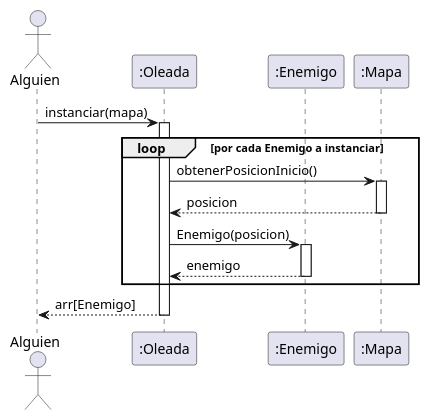
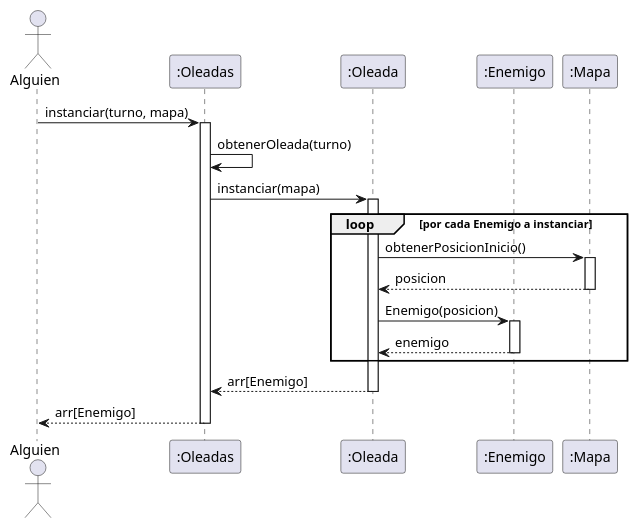
The diagram in diagrams/sequences/propuestasMarcelo/enemigos/instanciarOleada.puml (MarceloAgustinOrigoniGuillaume/Algo3_TP2_1C2023), drawn with PlantUML before and after one commit. The commit also changed 5 other files, not shown here.

```diff
--- a/diagrams/sequences/propuestasMarcelo/enemigos/instanciarOleada.puml
+++ b/diagrams/sequences/propuestasMarcelo/enemigos/instanciarOleada.puml
@@ -1,28 +1,37 @@
 @startuml
 
 Actor Alguien as sis
+
+participant ":Oleadas" as oleadas
 participant ":Oleada" as oleada
 participant ":Enemigo" as enemy
 participant ":Mapa" as mapa
 
 
-sis -> oleada: instanciar(mapa)
+sis-> oleadas: instanciar(turno, mapa)
+activate oleadas
+oleadas-> oleadas: obtenerOleada(turno)
+
+
+oleadas-> oleada: instanciar(mapa)
 activate oleada
 loop por cada Enemigo a instanciar
 oleada->mapa: obtenerPosicionInicio()
 activate mapa
 mapa --> oleada : posicion
 deactivate mapa
 
 oleada-> enemy: Enemigo(posicion)
 activate enemy
 
 enemy --> oleada: enemigo
 deactivate enemy
 
 end
-oleada --> sis: arr[Enemigo]
+oleada --> oleadas: arr[Enemigo]
 deactivate oleada
 
+oleadas--> sis: arr[Enemigo]
+deactivate oleadas
 
 @enduml
```
